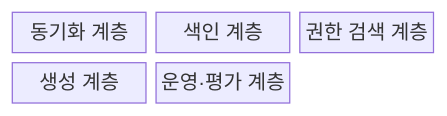
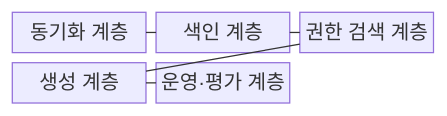
The first of 2 diagrams in src/content/docs/notes/08-latest-tech/084_enterprise_rag.md (agnusdei1207/knowledge-base), drawn with Mermaid before and after one commit. The commit also changed other lines of this file and 228 other files, not shown here.

````diff
--- a/src/content/docs/notes/08-latest-tech/084_enterprise_rag.md
+++ b/src/content/docs/notes/08-latest-tech/084_enterprise_rag.md
@@ -49,9 +49,13 @@
 ```mermaid
 block-beta
     columns 3
     C["동기화 계층"]
     I["색인 계층"]
     R["권한 검색 계층"]
     G["생성 계층"]
     O["운영·평가 계층"]
+    C --- I
+    I --- R
+    R --- G
+    G --- O
 ```
````
